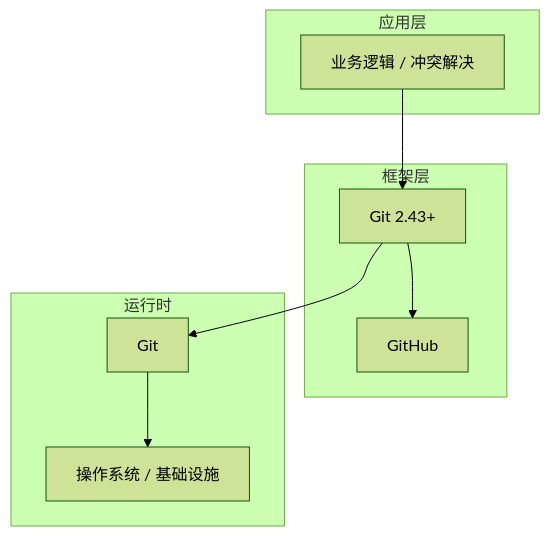
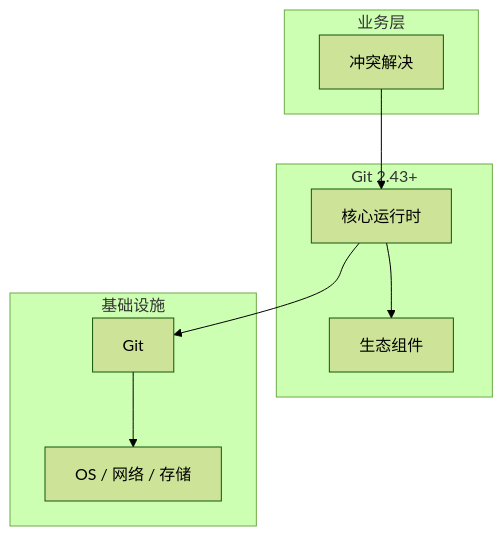
Before and after one commit to yanggan2015/knowledge-json-v2: the diagram in articles/Git版本控制/chapters/066-冲突解决核心概念与原理.md, drawn with Mermaid (forest theme). The commit also changed other lines of this file and 10127 other files, not shown here.

````diff
--- a/articles/Git版本控制/chapters/066-冲突解决核心概念与原理.md
+++ b/articles/Git版本控制/chapters/066-冲突解决核心概念与原理.md
@@ -45,18 +34,18 @@
 ```mermaid
 graph TB
-    subgraph 应用层
-        A[业务逻辑 / 冲突解决]
+    subgraph 业务层
+        A[冲突解决]
     end
-    subgraph 框架层
-        B[Git 2.43+]
-        C[GitHub]
+    subgraph Git 2.43+
+        B[核心运行时]
+        C[生态组件]
     end
-    subgraph 运行时
+    subgraph 基础设施
         D[Git]
-        E[操作系统 / 基础设施]
+        E[OS / 网络 / 存储]
     end
     A --> B
     B --> C
     B --> D
     D --> E
 ```
````
